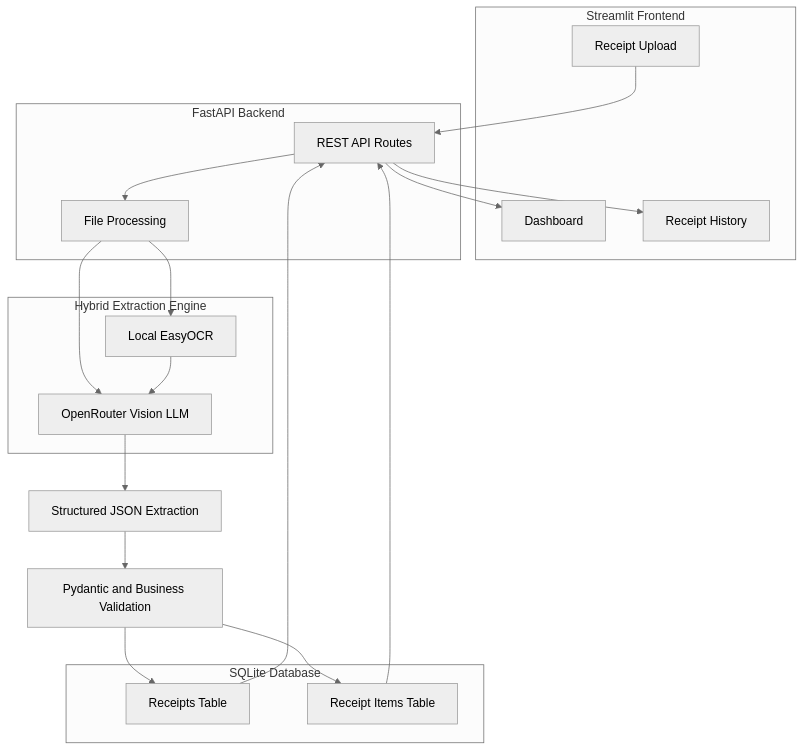
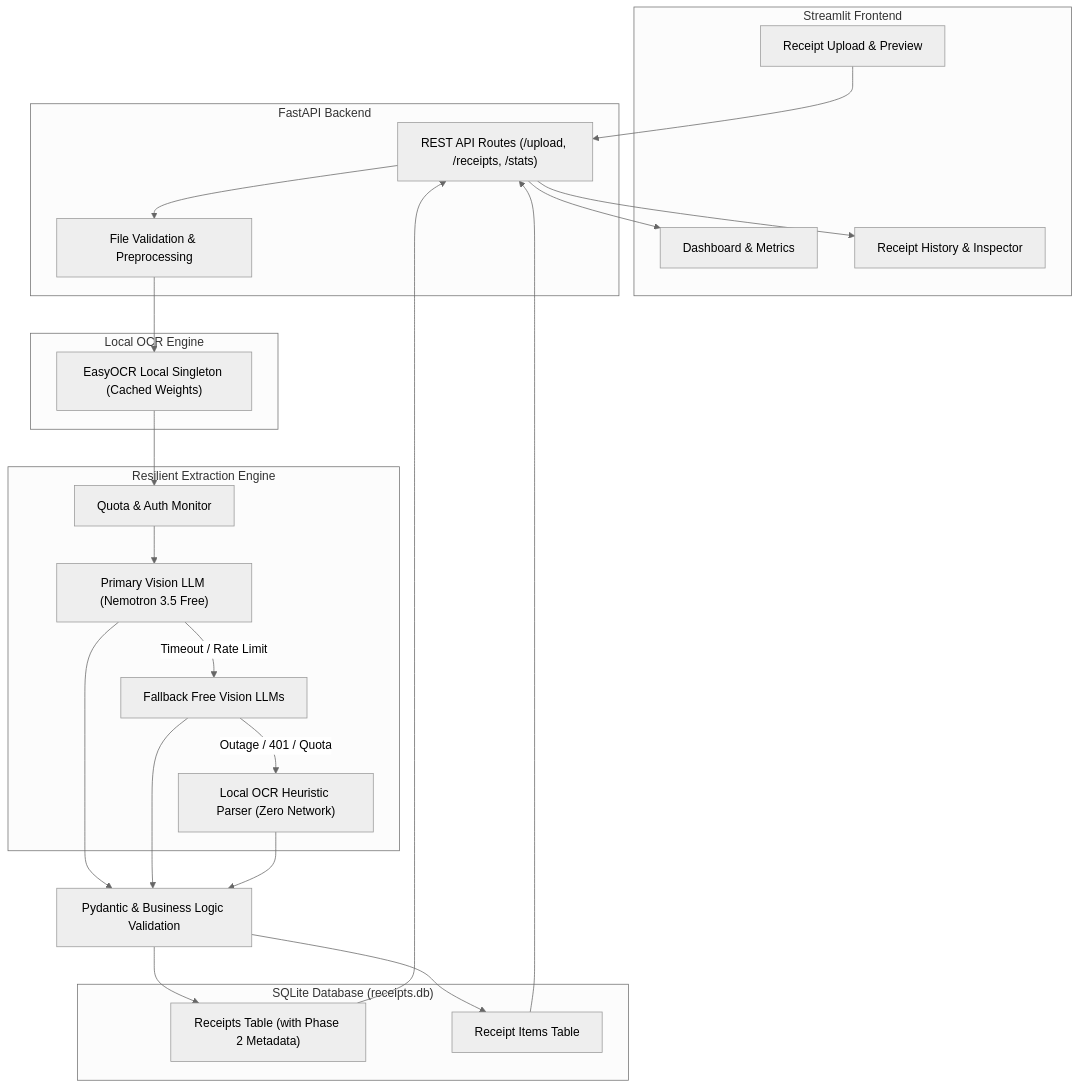
One commit to Manvendra9830/Expense-Dispatcher-Agent-System changed the first of 2 diagrams in README.md. Above: the diagram before and after it, drawn with Mermaid (neutral theme). The commit also changed other lines of this file and 22 other files, not shown here.

Commit message:
feat(phase-2): performance, reliability, free AI fallback, and local OCR resilience

````diff
--- a/README.md
+++ b/README.md
@@ -28,40 +40,48 @@
 ```mermaid
 flowchart TD
     subgraph Frontend["Streamlit Frontend"]
-        Dashboard["Dashboard"]
-        Upload["Receipt Upload"]
-        History["Receipt History"]
+        Dashboard["Dashboard & Metrics"]
+        Upload["Receipt Upload & Preview"]
+        History["Receipt History & Inspector"]
     end
 
     subgraph Backend["FastAPI Backend"]
-        Routes["REST API Routes"]
-        FileProc["File Processing"]
+        Routes["REST API Routes (/upload, /receipts, /stats)"]
+        FileProc["File Validation & Preprocessing"]
     end
 
-    subgraph Engine["Hybrid Extraction Engine"]
-        EasyOCR["Local EasyOCR"]
-        VisionLLM["OpenRouter Vision LLM"]
+    subgraph OCR["Local OCR Engine"]
+        EasyOCR["EasyOCR Local Singleton (Cached Weights)"]
     end
 
-    JSON["Structured JSON Extraction"]
-    Validation["Pydantic and Business Validation"]
+    subgraph FallbackEngine["Resilient Extraction Engine"]
+        Quota["Quota & Auth Monitor"]
+        PrimaryAI["Primary Vision LLM (Nemotron 3.5 Free)"]
+        FallbackAI["Fallback Free Vision LLMs"]
+        LocalParser["Local OCR Heuristic Parser (Zero Network)"]
+    end
 
-    subgraph Database["SQLite Database"]
-        Receipts["Receipts Table"]
+    Validation["Pydantic & Business Logic Validation"]
+
+    subgraph Database["SQLite Database (receipts.db)"]
+        Receipts["Receipts Table (with Phase 2 Metadata)"]
         ReceiptItems["Receipt Items Table"]
     end
 
     Upload --> Routes
     Routes --> FileProc
     FileProc --> EasyOCR
-    FileProc --> VisionLLM
-    EasyOCR --> VisionLLM
-    VisionLLM --> JSON
-    JSON --> Validation
+    EasyOCR --> Quota
+    Quota --> PrimaryAI
+    PrimaryAI -- Timeout / Rate Limit --> FallbackAI
+    FallbackAI -- Outage / 401 / Quota --> LocalParser
+    PrimaryAI --> Validation
+    FallbackAI --> Validation
+    LocalParser --> Validation
     Validation --> Receipts
     Validation --> ReceiptItems
     Receipts --> Routes
     ReceiptItems --> Routes
     Routes --> Dashboard
     Routes --> History
 ```
````
